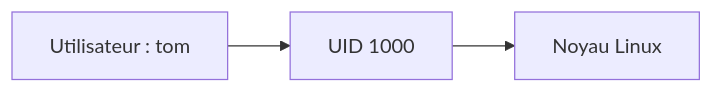
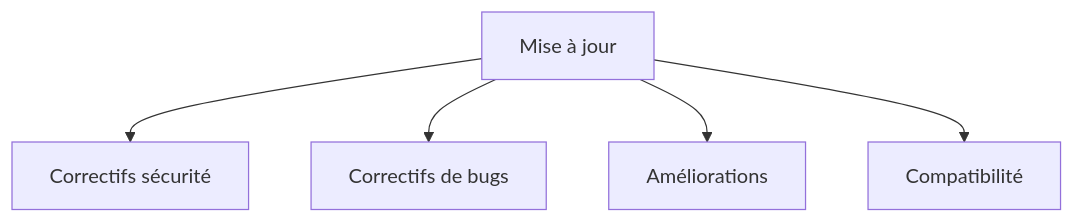
Diagram 13 of 20 in campagne 1/1.5.md (tdelaclos/formations), drawn with Mermaid before and after one commit. The commit also changed other lines of this file, not shown here.

````diff
--- a/campagne 1/1.5.md
+++ b/campagne 1/1.5.md
@@ -939,12 +744,13 @@
 ```mermaid
-flowchart LR
+flowchart TD
 
-A["Utilisateur : tom"]
+A["Mise à jour"]
 
-B["UID 1000"]
+A --> B["Correctifs sécurité"]
 
-C["Noyau Linux"]
+A --> C["Correctifs de bugs"]
 
-A --> B
-B --> C
+A --> D["Améliorations"]
+
+A --> E["Compatibilité"]
 ```
````
